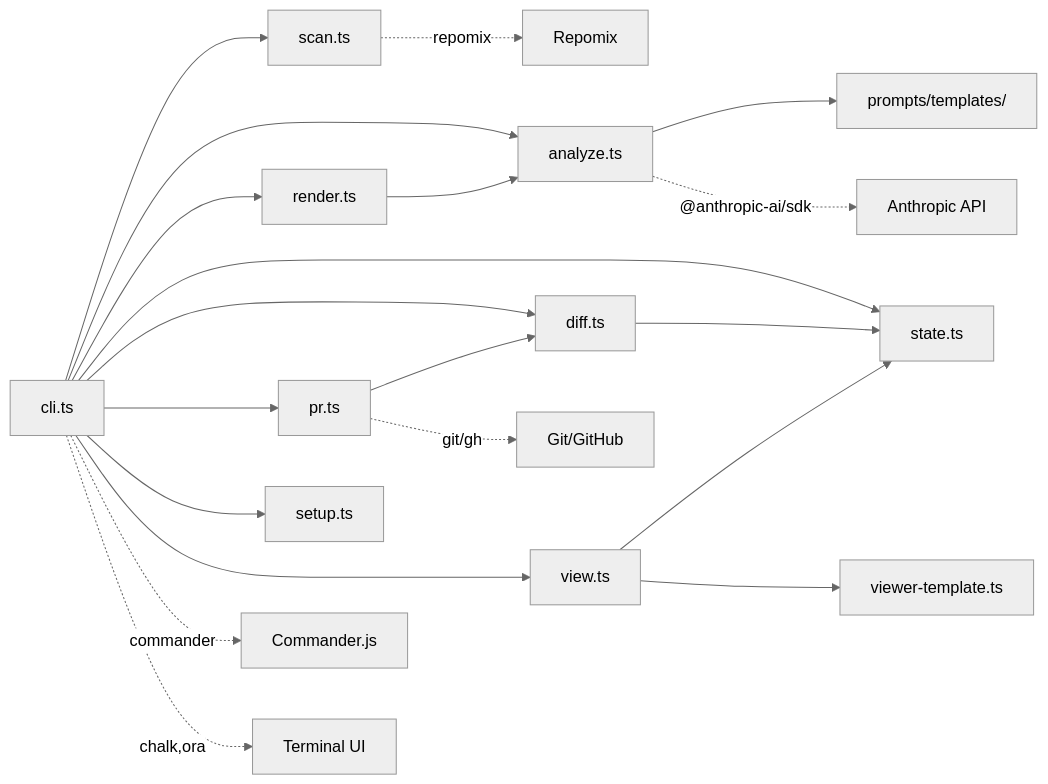
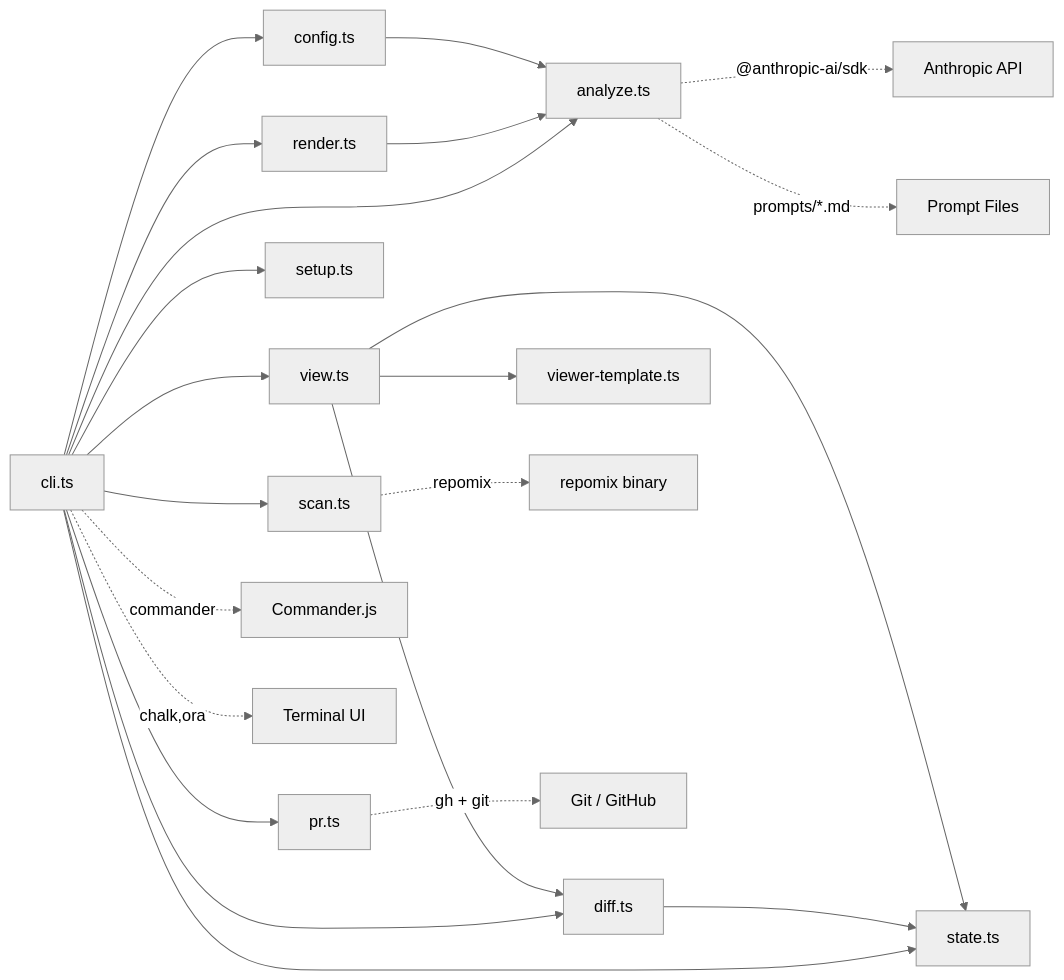
The third of 3 diagrams in docs/architecture/OVERVIEW.md (sergical/repo-architect), drawn with Mermaid (neutral theme) before and after one commit. The commit also changed other lines of this file and 4 other files, not shown here.

First line of the commit message:
Fix Mermaid diagram bugs: literal \n in labels and unquoted edge labels

````diff
--- a/docs/architecture/OVERVIEW.md
+++ b/docs/architecture/OVERVIEW.md
@@ -86,24 +104,26 @@
 ```mermaid
 graph LR
     CLI[cli.ts] --> Scan[scan.ts]
     CLI --> Analyze[analyze.ts]
     CLI --> Render[render.ts]
     CLI --> State[state.ts]
     CLI --> Diff[diff.ts]
     CLI --> PR[pr.ts]
     CLI --> Setup[setup.ts]
     CLI --> View[view.ts]
-    
-    Analyze --> Templates[prompts/templates/]
+    CLI --> Config[config.ts]
+
     Render --> Analyze
     Diff --> State
-    PR --> Diff
     View --> State
-    View --> ViewerTemplate[viewer-template.ts]
-    
-    Analyze -.->|"@anthropic-ai/sdk"| External1[Anthropic API]
-    Scan -.->|repomix| External2[Repomix]
-    PR -.->|"git/gh"| External3[Git/GitHub]
-    CLI -.->|commander| External4[Commander.js]
-    CLI -.->|chalk,ora| External5[Terminal UI]
+    View --> ViewerTpl[viewer-template.ts]
+    View --> Diff
+    Config --> Analyze
+
+    Analyze -.->|"@anthropic-ai/sdk"| ExtClaude[Anthropic API]
+    Analyze -.->|"prompts/*.md"| ExtPrompts[Prompt Files]
+    Scan -.->|repomix| ExtRepomix[repomix binary]
+    PR -.->|"gh + git"| ExtGit[Git / GitHub]
+    CLI -.->|commander| ExtCmd[Commander.js]
+    CLI -.->|chalk,ora| ExtTerm[Terminal UI]
 ```
````
